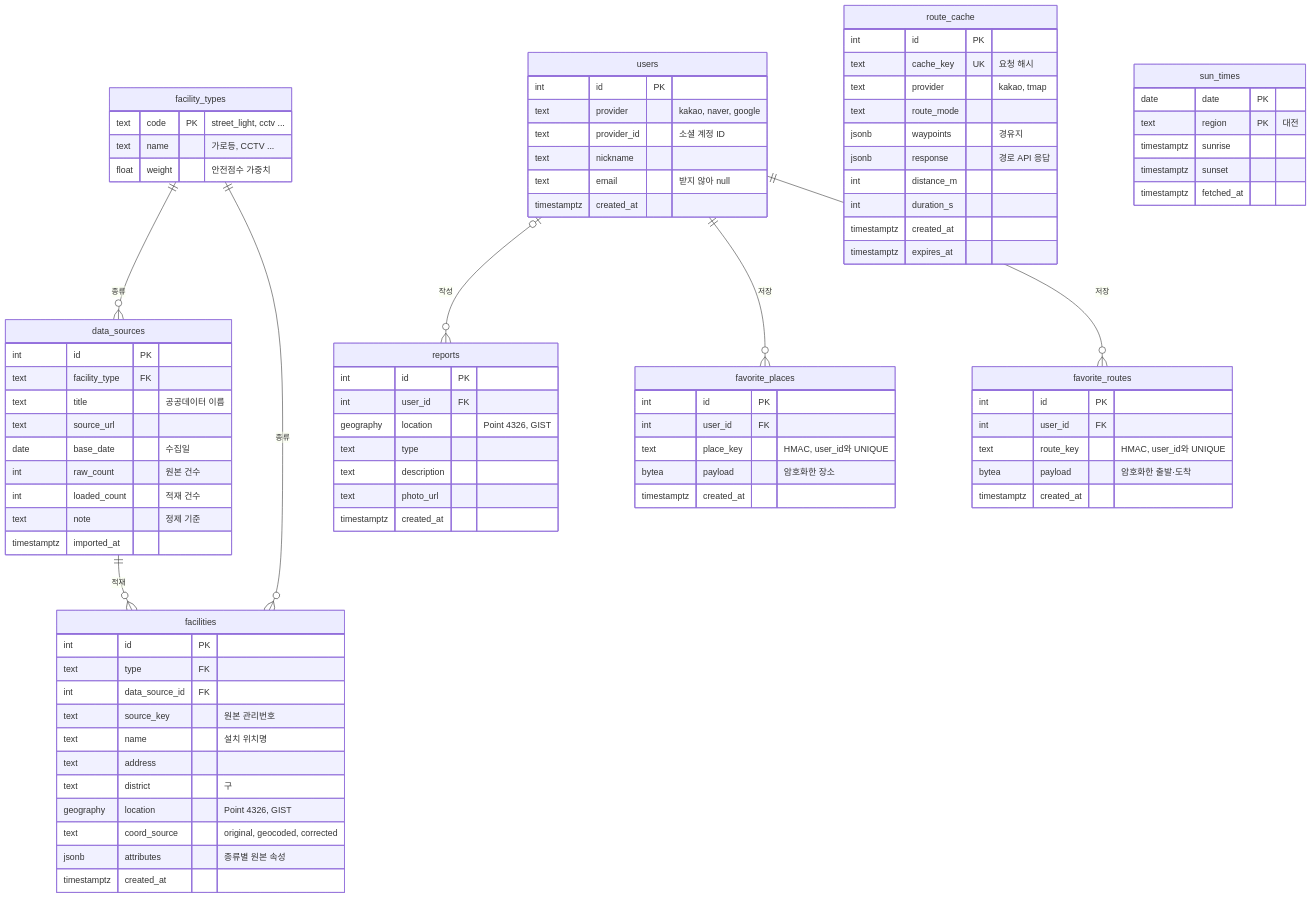
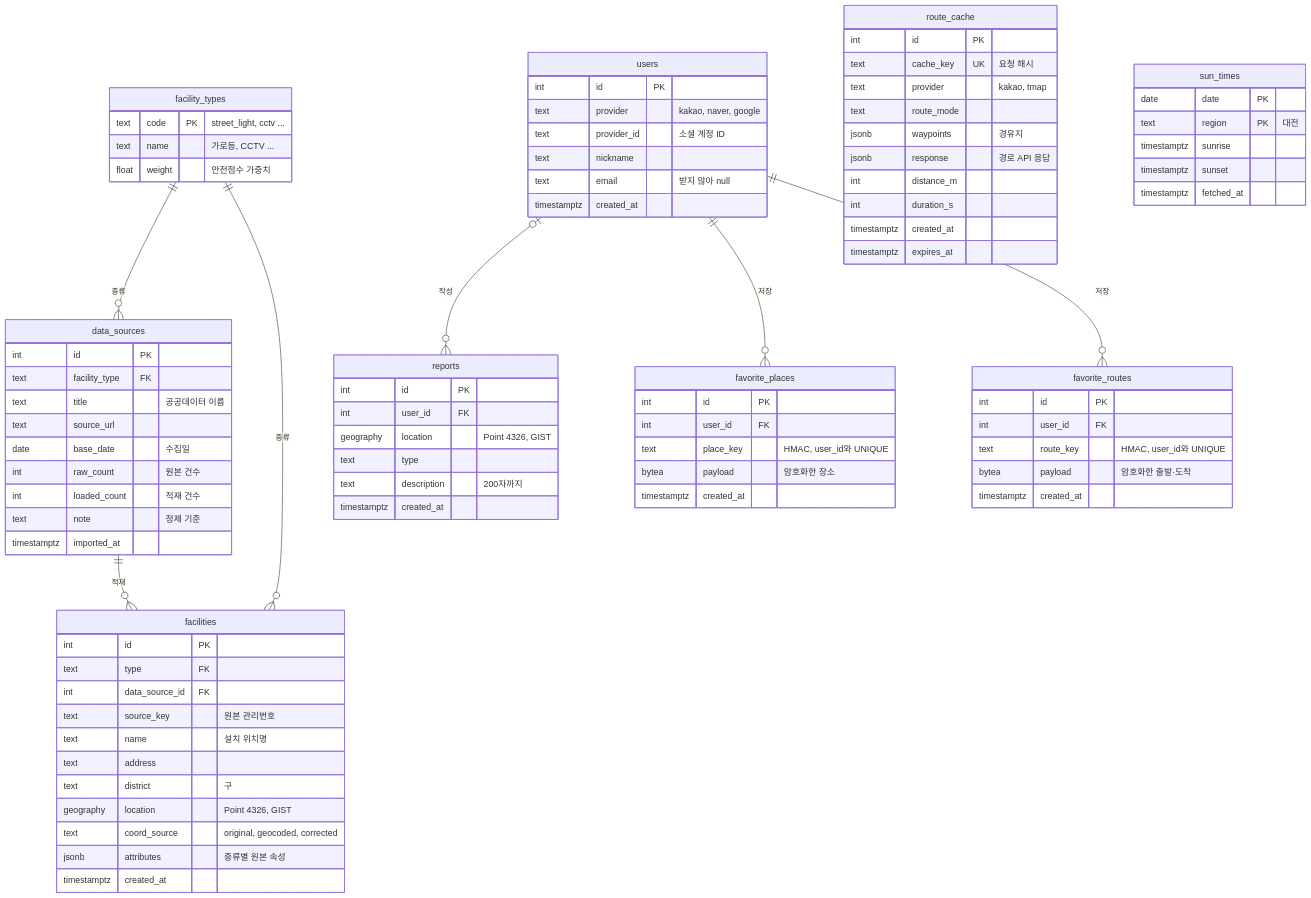
Before and after one commit to wjxor/deungdae: the diagram in docs/ERD.md, drawn with Mermaid. The commit also changed other lines of this file and 13 other files, not shown here.

````diff
--- a/docs/ERD.md
+++ b/docs/ERD.md
@@ -91,8 +91,7 @@
         int user_id FK
         geography location "Point 4326, GIST"
         text type
-        text description
-        text photo_url
+        text description "200자까지"
         timestamptz created_at
     }
 ```
````
